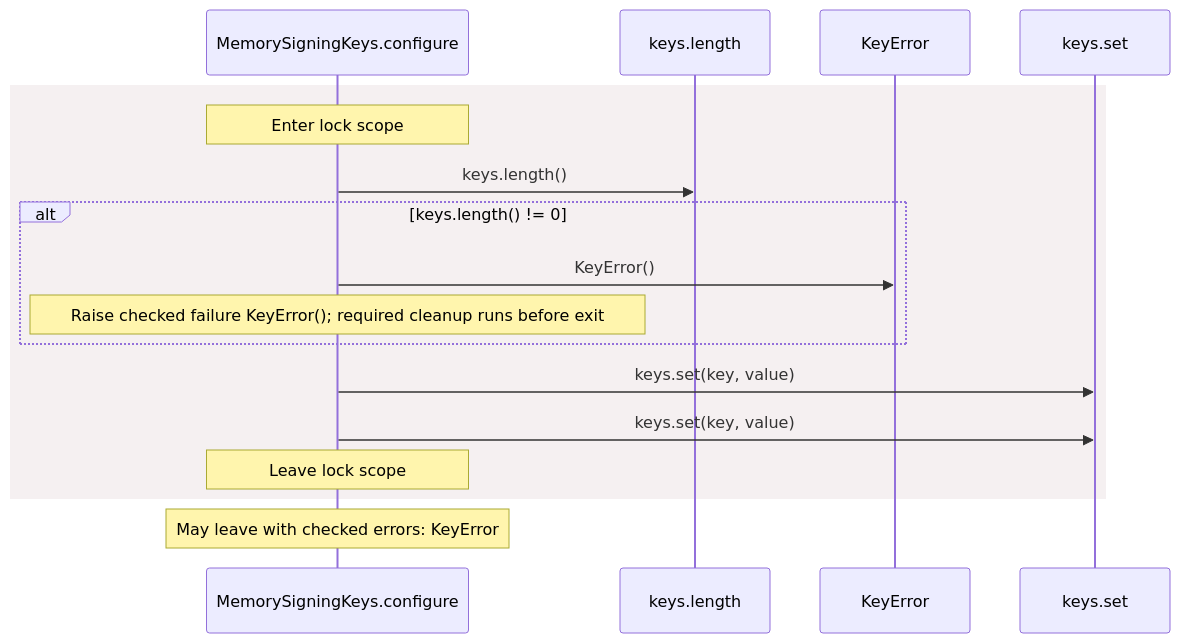
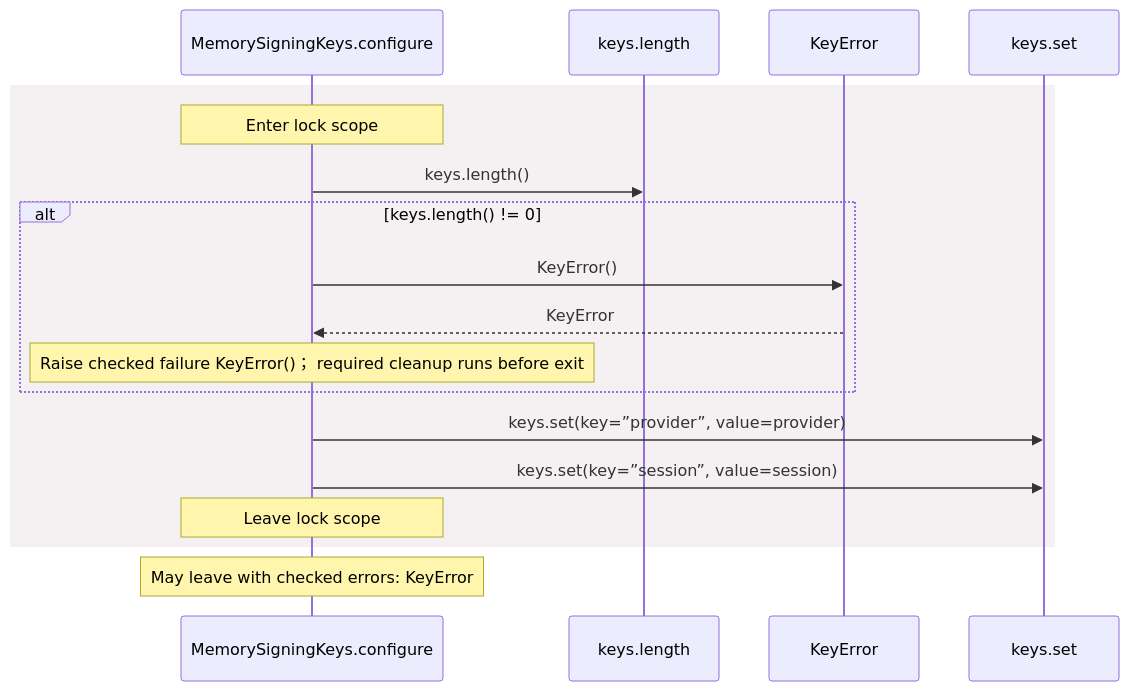
The fourth of 7 diagrams in docs/examples/oidc-login/common/keys-diagrams.md (GreenPandaStudios/augscript), drawn with Mermaid before and after one commit. The commit also changed other lines of this file and 524 other files, not shown here.

Commit message:
Explain checked data flow at folder and service levels

````diff
--- a/docs/examples/oidc-login/common/keys-diagrams.md
+++ b/docs/examples/oidc-login/common/keys-diagrams.md
@@ -135,19 +111,20 @@
 ```mermaid
 sequenceDiagram
     participant p0 as MemorySigningKeys.configure
     participant p1 as keys.length
     participant p2 as KeyError
     participant p3 as keys.set
     rect rgb(245, 240, 241)
     Note over p0: Enter lock scope
     p0->>p1: keys.length()
     alt keys.length() != 0
     p0->>p2: KeyError()
-    Note over p0: Raise checked failure KeyError()#59; required cleanup runs before exit
+    p2-->>p0: KeyError
+    Note over p0: Raise checked failure KeyError()； required cleanup runs before exit
     end
-    p0->>p3: keys.set(key, value)
-    p0->>p3: keys.set(key, value)
+    p0->>p3: keys.set(key=”provider”, value=provider)
+    p0->>p3: keys.set(key=”session”, value=session)
     Note over p0: Leave lock scope
     end
     Note over p0: May leave with checked errors: KeyError
 ```
````
